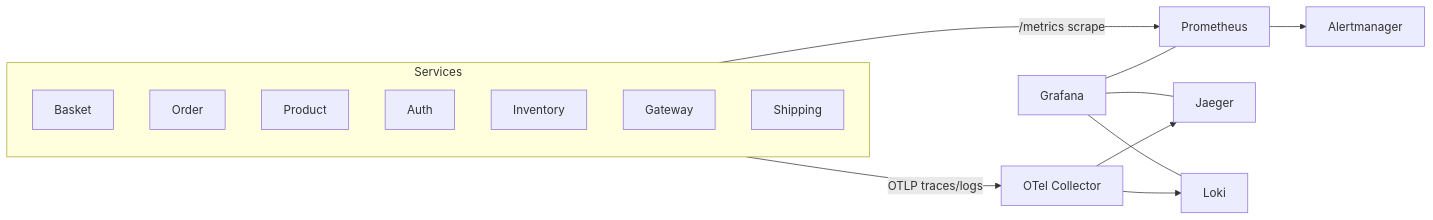
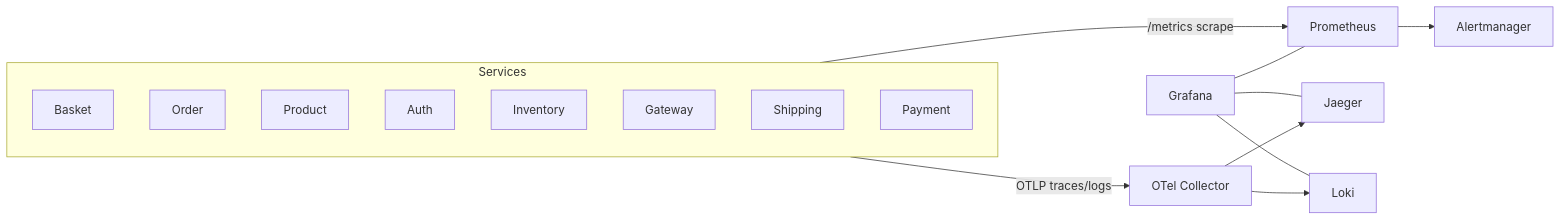
The diagram in docs/wiki/Observability.md (daonhan/Microservices-in-.NET), drawn with Mermaid before and after one commit. The commit also changed other lines of this file and 2 other files, not shown here.

Commit message:
feat(docs): update .NET version to 10 and add payment microservice metrics

````diff
--- a/docs/wiki/Observability.md
+++ b/docs/wiki/Observability.md
@@ -7,14 +7,14 @@
 ```mermaid
 graph LR
     subgraph Services
-        A[Basket] & B[Order] & C[Product] & D[Auth] & E[Inventory] & F[Gateway] & G[Shipping]
+        A[Basket] & B[Order] & C[Product] & D[Auth] & E[Inventory] & F[Gateway] & G[Shipping] & H[Payment]
     end
     Services -- OTLP traces/logs --> OC[OTel Collector]
     Services -- /metrics scrape --> PR[Prometheus]
     OC --> JA[Jaeger]
     OC --> LK[Loki]
     PR --> AM[Alertmanager]
     GF[Grafana] --- PR
     GF --- LK
     GF --- JA
 ```
````
